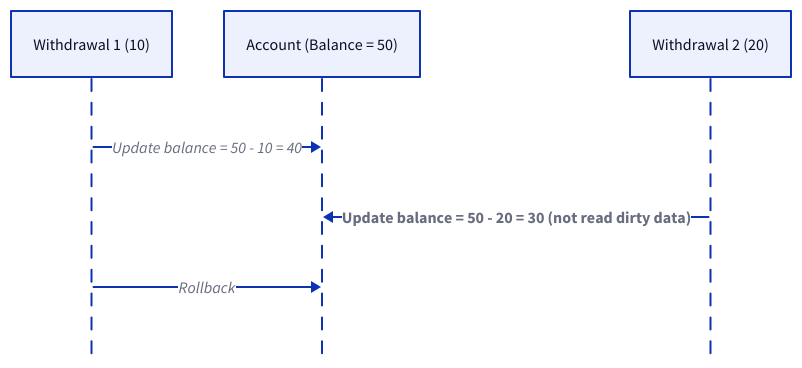
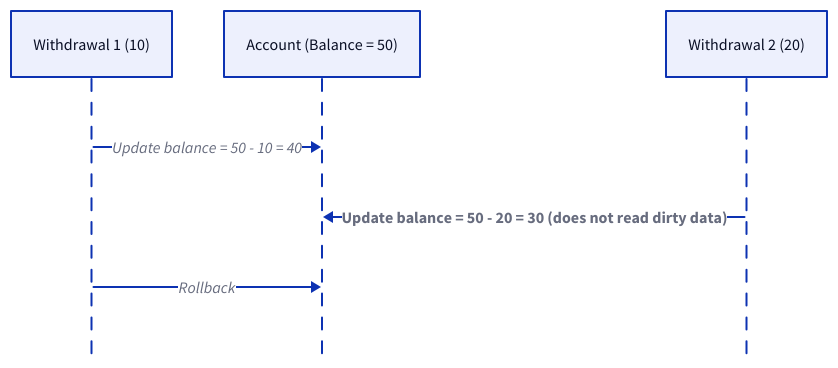
The ninth of 23 diagrams in content/data-persistence/sql-database/concurrency-control.md (link1905/system-design-101), drawn with D2 before and after one commit. The commit also changed other lines of this file and 13 other files, not shown here.

````diff
--- a/content/data-persistence/sql-database/concurrency-control.md
+++ b/content/data-persistence/sql-database/concurrency-control.md
@@ -303,13 +302,13 @@
 ```d2
 shape: sequence_diagram
 d: Withdrawal 1 (10)
 a: Account (Balance = 50)
 w: Withdrawal 2 (20)
 d -> a: Update balance = 50 - 10 = 40
-w -> a: Update balance = 50 - 20 = 30 (not read dirty data) {
+w -> a: Update balance = 50 - 20 = 30 (does not read dirty data) {
     style.bold: true
 }
 d -> a: Rollback {
    class: error-conn
 }
 ```
````
